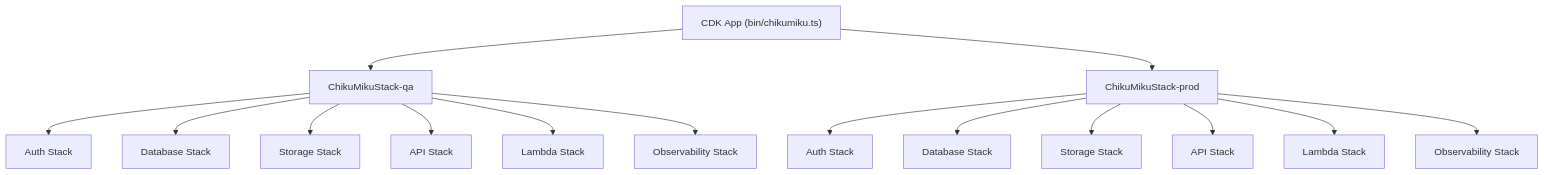
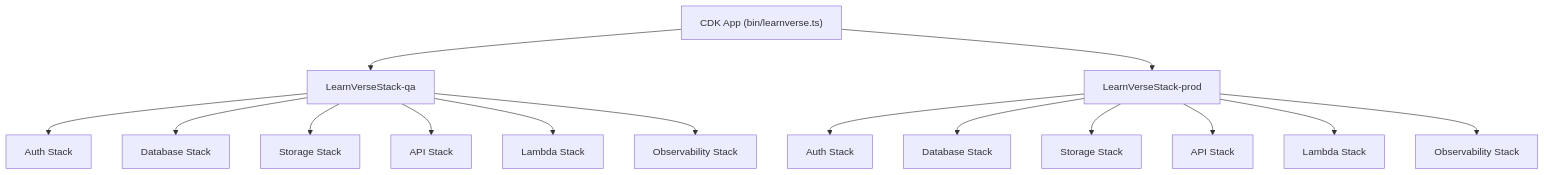
One commit to nayannilank/ChikuMiku-LearnVerse-AIDLC changed the first of 3 diagrams in .kiro/specs/infra-migration-to-cdk/design.md. Above: the diagram before and after it, drawn with Mermaid. The commit also changed other lines of this file and 122 other files, not shown here.

First line of the commit message:
refactor: Rename @chikumiku scope to @learnverse across monorepo

````diff
--- a/.kiro/specs/infra-migration-to-cdk/design.md
+++ b/.kiro/specs/infra-migration-to-cdk/design.md
@@ -34,20 +34,20 @@
 ```mermaid
 graph TD
-    CDKApp["CDK App (bin/chikumiku.ts)"]
-    CDKApp --> QA["ChikuMikuStack-qa"]
-    CDKApp --> Prod["ChikuMikuStack-prod"]
+    CDKApp["CDK App (bin/learnverse.ts)"]
+    CDKApp --> QA["LearnVerseStack-qa"]
+    CDKApp --> Prod["LearnVerseStack-prod"]
 
     QA --> AuthStack_QA["Auth Stack"]
     QA --> DatabaseStack_QA["Database Stack"]
     QA --> StorageStack_QA["Storage Stack"]
     QA --> ApiStack_QA["API Stack"]
     QA --> LambdaStack_QA["Lambda Stack"]
     QA --> ObservabilityStack_QA["Observability Stack"]
 
     Prod --> AuthStack_Prod["Auth Stack"]
     Prod --> DatabaseStack_Prod["Database Stack"]
     Prod --> StorageStack_Prod["Storage Stack"]
     Prod --> ApiStack_Prod["API Stack"]
     Prod --> LambdaStack_Prod["Lambda Stack"]
     Prod --> ObservabilityStack_Prod["Observability Stack"]
 ```
````
